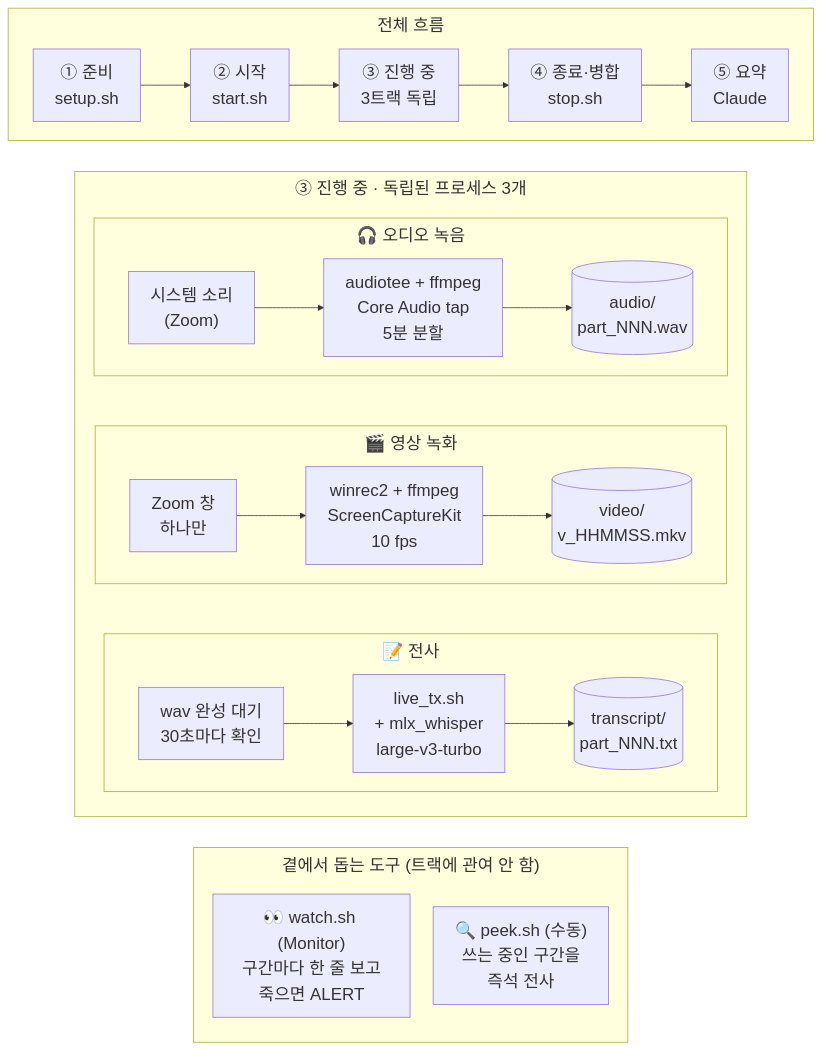
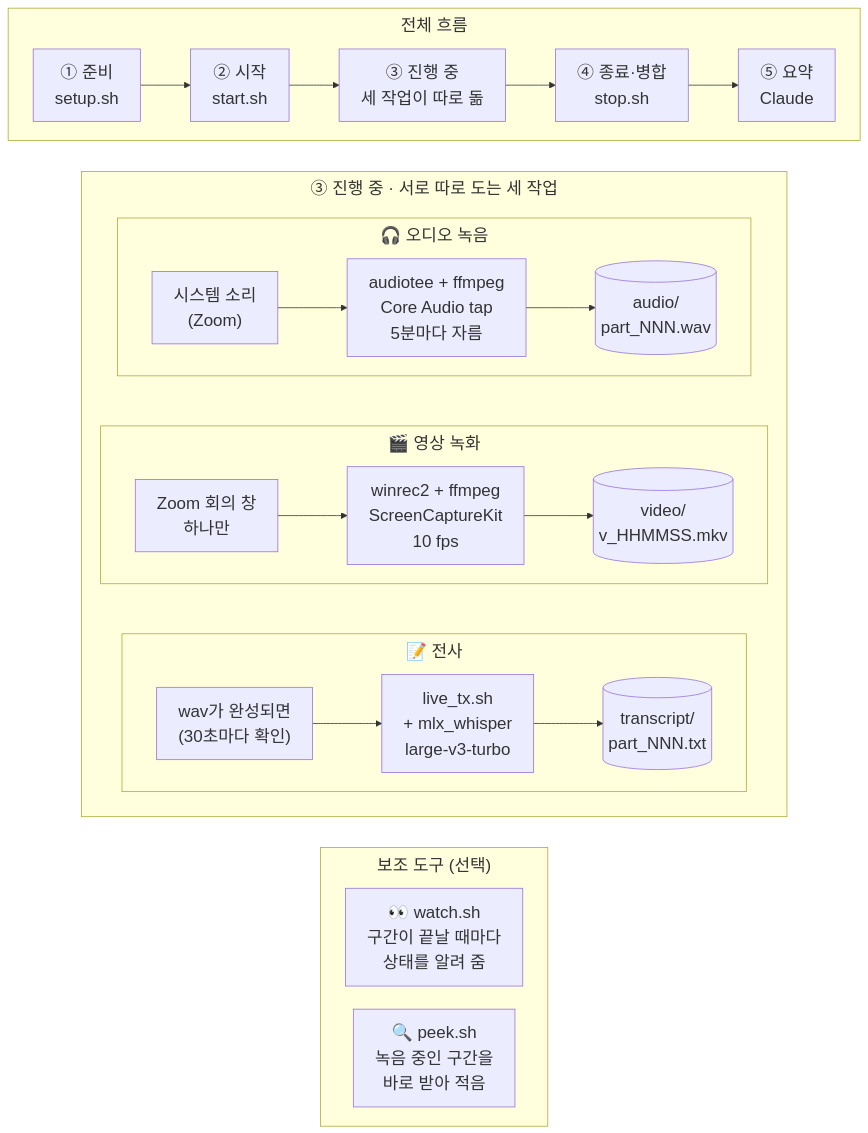
The first of 3 diagrams in lecture-capture/README.md (sbigstar0310/daegyu-plugins), drawn with Mermaid before and after one commit. The commit also changed other lines of this file, not shown here.

First line of the commit message:
lecture-capture README: natural Korean, helper tools last, subtitles spelled out

````diff
--- a/lecture-capture/README.md
+++ b/lecture-capture/README.md
@@ -16,37 +16,37 @@
 ```mermaid
 %%{init: {"themeVariables": {"fontSize": "22px"}, "flowchart": {"nodeSpacing": 30, "rankSpacing": 40, "padding": 14, "subGraphTitleMargin": {"top": 6, "bottom": 22}}}}%%
 flowchart TB
     subgraph FLOW["전체 흐름"]
         direction LR
         A["① 준비<br/>setup.sh"] --> B["② 시작<br/>start.sh"]
-        B --> C["③ 진행 중<br/>3트랙 독립"]
+        B --> C["③ 진행 중<br/>세 작업이 따로 돎"]
         C --> D["④ 종료·병합<br/>stop.sh"]
         D --> E["⑤ 요약<br/>Claude"]
     end
 
-    subgraph RUN["③ 진행 중 · 독립된 프로세스 3개"]
+    subgraph RUN["③ 진행 중 · 서로 따로 도는 세 작업"]
         direction TB
         subgraph AUDIO["🎧 오디오 녹음"]
             direction LR
-            A1["시스템 소리<br/>(Zoom)"] --> A2["audiotee + ffmpeg<br/>Core Audio tap<br/>5분 분할"] --> A4[("audio/<br/>part_NNN.wav")]
+            A1["시스템 소리<br/>(Zoom)"] --> A2["audiotee + ffmpeg<br/>Core Audio tap<br/>5분마다 자름"] --> A4[("audio/<br/>part_NNN.wav")]
         end
         subgraph VIDEO["🎬 영상 녹화"]
             direction LR
-            V1["Zoom 창<br/>하나만"] --> V2["winrec2 + ffmpeg<br/>ScreenCaptureKit<br/>10 fps"] --> V4[("video/<br/>v_HHMMSS.mkv")]
+            V1["Zoom 회의 창<br/>하나만"] --> V2["winrec2 + ffmpeg<br/>ScreenCaptureKit<br/>10 fps"] --> V4[("video/<br/>v_HHMMSS.mkv")]
         end
         subgraph TX["📝 전사"]
             direction LR
-            T1["wav 완성 대기<br/>30초마다 확인"] --> T2["live_tx.sh<br/>+ mlx_whisper<br/>large-v3-turbo"] --> T3[("transcript/<br/>part_NNN.txt")]
+            T1["wav가 완성되면<br/>(30초마다 확인)"] --> T2["live_tx.sh<br/>+ mlx_whisper<br/>large-v3-turbo"] --> T3[("transcript/<br/>part_NNN.txt")]
         end
         AUDIO ~~~ VIDEO ~~~ TX
     end
 
-    subgraph TOOLS["곁에서 돕는 도구 (트랙에 관여 안 함)"]
-        direction TB
-        W["👀 watch.sh (Monitor)<br/>구간마다 한 줄 보고<br/>죽으면 ALERT"]
-        P["🔍 peek.sh (수동)<br/>쓰는 중인 구간을<br/>즉석 전사"]
+    subgraph TOOLS["보조 도구 (선택)"]
+        direction LR
+        W["👀 watch.sh<br/>구간이 끝날 때마다<br/>상태를 알려 줌"]
+        P["🔍 peek.sh<br/>녹음 중인 구간을<br/>바로 받아 적음"]
     end
 
     FLOW ~~~ RUN
     RUN ~~~ TOOLS
 ```
````
